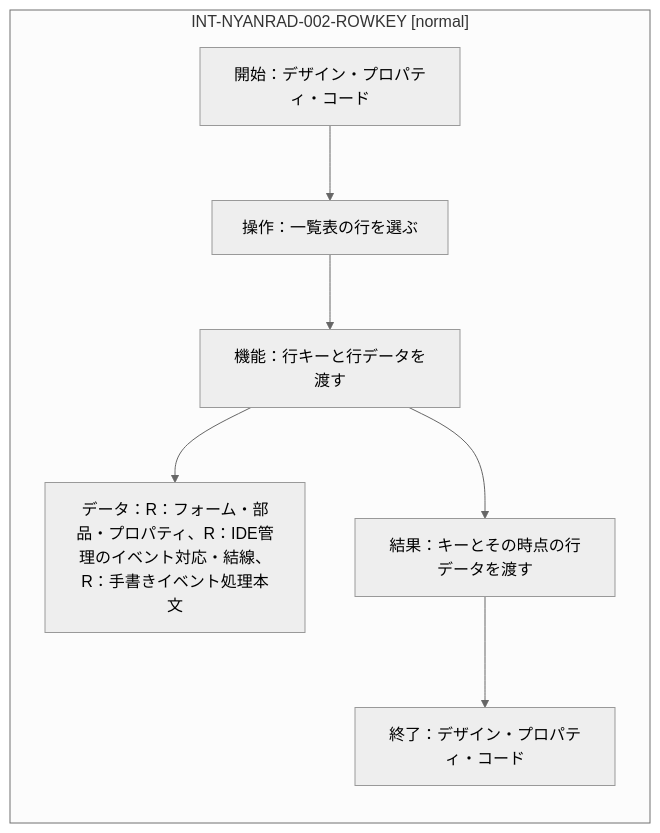
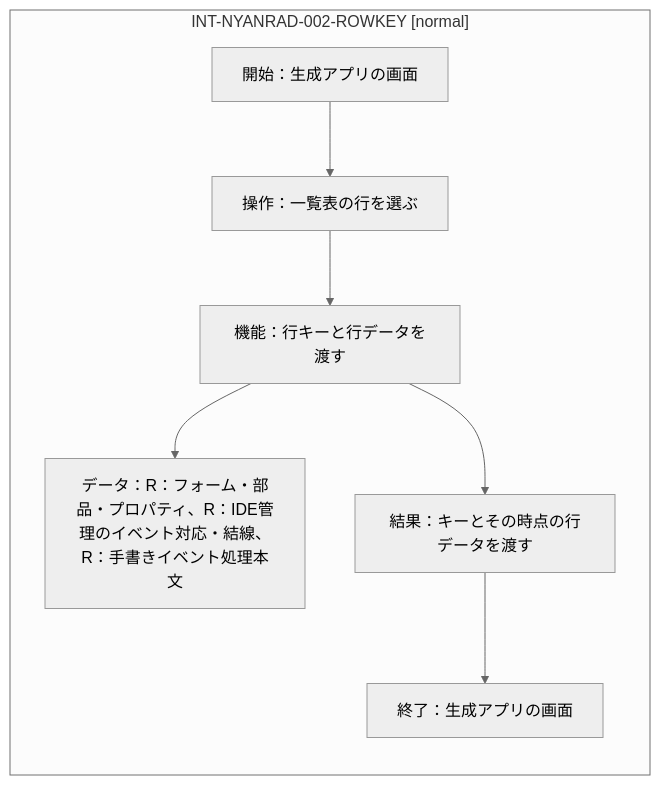
Before and after one commit to kosaru/NyanRAD: the diagram in planning/ifdam/IFDAM-NYANRAD-002/diagrams/09.mmd, drawn with Mermaid (neutral theme). The commit also changed 20 other files, not shown here.

Commit message:
Fix runtime table diagrams and present event handler options

```diff
--- a/planning/ifdam/IFDAM-NYANRAD-002/diagrams/09.mmd
+++ b/planning/ifdam/IFDAM-NYANRAD-002/diagrams/09.mmd
@@ -1,6 +1,6 @@
 flowchart LR
   subgraph I["INT-NYANRAD-002-ROWKEY [normal]"]
-    U["開始：デザイン・プロパティ・コード"] --> E["操作：一覧表の行を選ぶ"] --> F["機能：行キーと行データを渡す"]
+    U["開始：生成アプリの画面"] --> E["操作：一覧表の行を選ぶ"] --> F["機能：行キーと行データを渡す"]
     F --> D["データ：R：フォーム・部品・プロパティ、R：IDE管理のイベント対応・結線、R：手書きイベント処理本文"]
-    F --> R["結果：キーとその時点の行データを渡す"] --> T["終了：デザイン・プロパティ・コード"]
+    F --> R["結果：キーとその時点の行データを渡す"] --> T["終了：生成アプリの画面"]
   end
```
